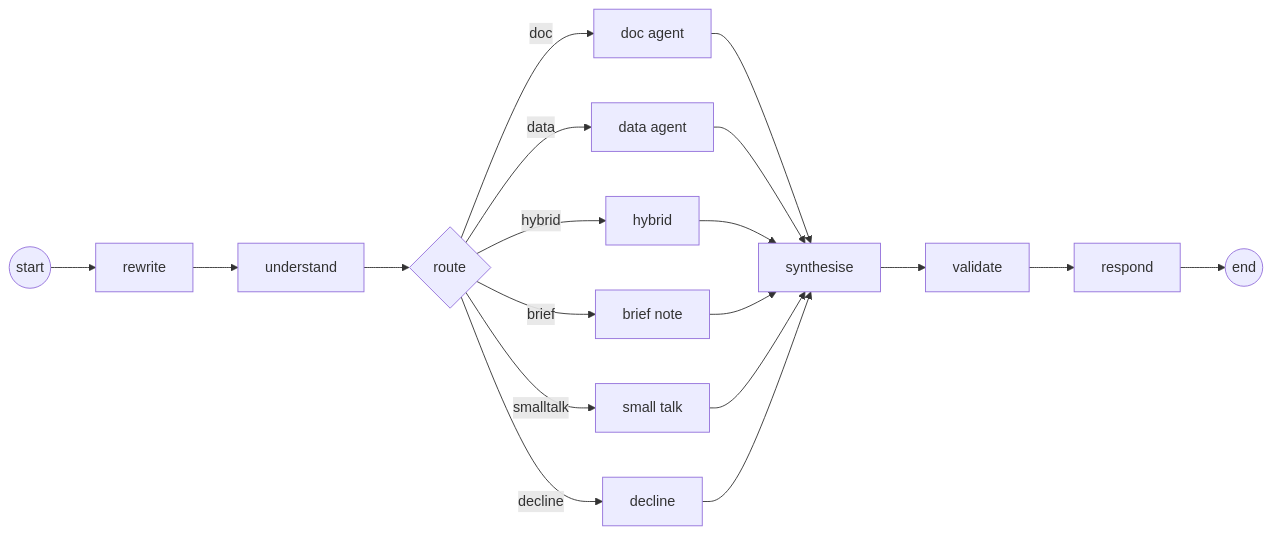
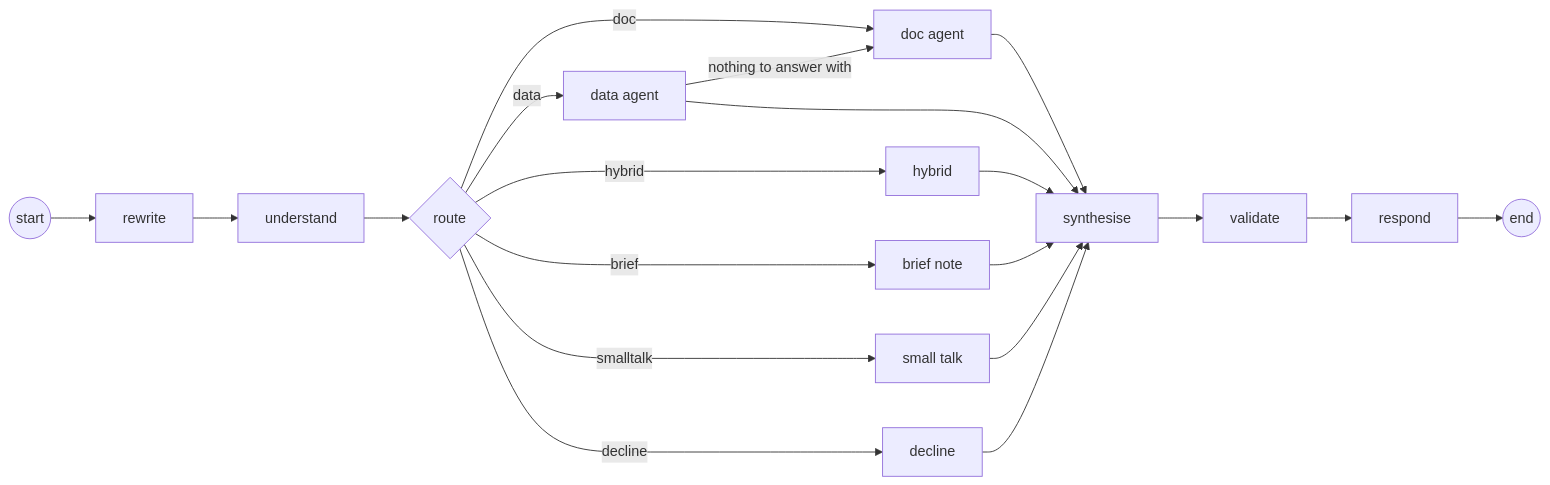
One commit to VinayakMokashi/filings-research-copilot changed the diagram in docs/concepts/langgraph-orchestration.md. Above: the diagram before and after it, drawn with Mermaid. The commit also changed other lines of this file and 2 other files, not shown here.

````diff
--- a/docs/concepts/langgraph-orchestration.md
+++ b/docs/concepts/langgraph-orchestration.md
@@ -28,11 +28,12 @@
 ```mermaid
 flowchart LR
     S((start)) --> RW[rewrite] --> U[understand] --> R{route}
     R -->|doc| D[doc agent]
     R -->|data| DA[data agent]
     R -->|hybrid| H[hybrid]
     R -->|brief| B[brief note]
     R -->|smalltalk| ST[small talk]
     R -->|decline| X[decline]
+    DA -->|nothing to answer with| D
     D & DA & H & B & ST & X --> SY[synthesise] --> V[validate] --> RE[respond] --> E((end))
 ```
````
